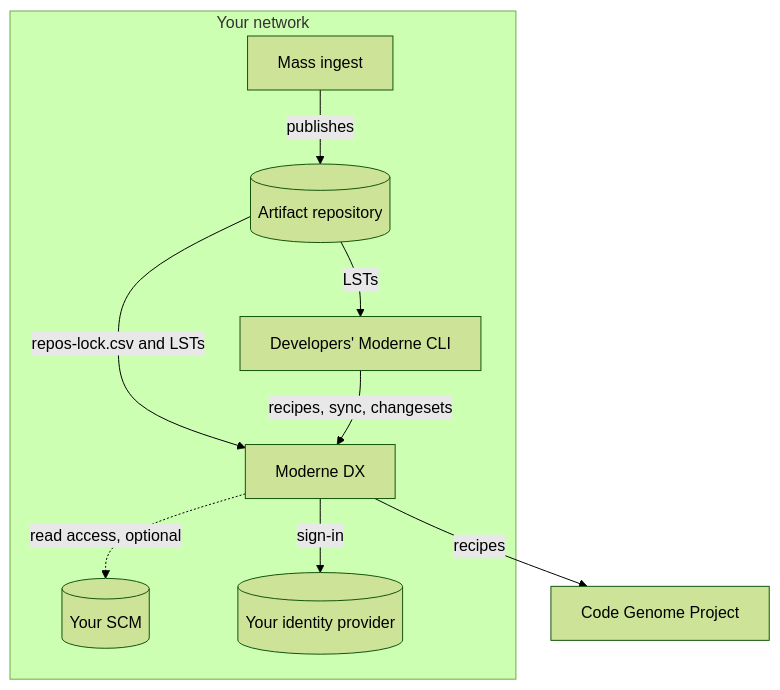
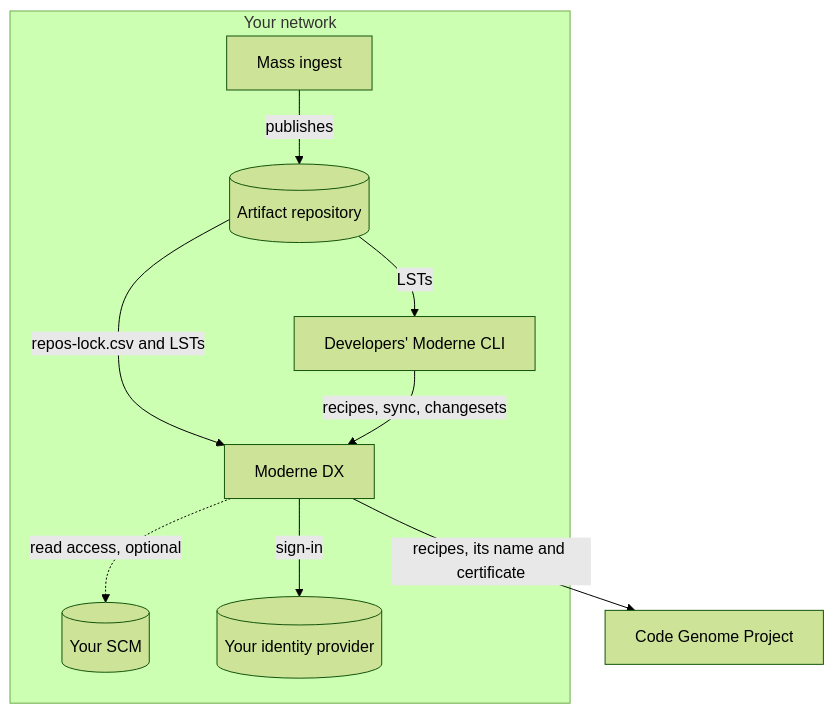
The diagram in docs/administrator-documentation/moderne-dx/getting-started/overview.md (moderneinc/moderne-docs), drawn with Mermaid (forest theme) before and after one commit. The commit also changed other lines of this file and 8 other files, not shown here.

First line of the commit message:
Install Moderne DX with a managed moderne.direct route, and serve it under your own name on a page of its own

````diff
--- a/docs/administrator-documentation/moderne-dx/getting-started/overview.md
+++ b/docs/administrator-documentation/moderne-dx/getting-started/overview.md
@@ -21,12 +21,12 @@
 ```mermaid
 flowchart TB
     subgraph network["Your network"]
         ingest["Mass ingest"] -->|publishes| artifacts[("Artifact repository")]
         artifacts -->|repos-lock.csv and LSTs| dx["Moderne DX"]
         artifacts -->|LSTs| cli["Developers' Moderne CLI"]
         cli -->|recipes, sync, changesets| dx
         dx -.->|read access, optional| scm[("Your SCM")]
         dx -->|sign-in| idp[("Your identity provider")]
     end
-    dx -->|recipes| cgp["Code Genome Project"]
+    dx -->|recipes, its name and certificate| cgp["Code Genome Project"]
 ```
````
